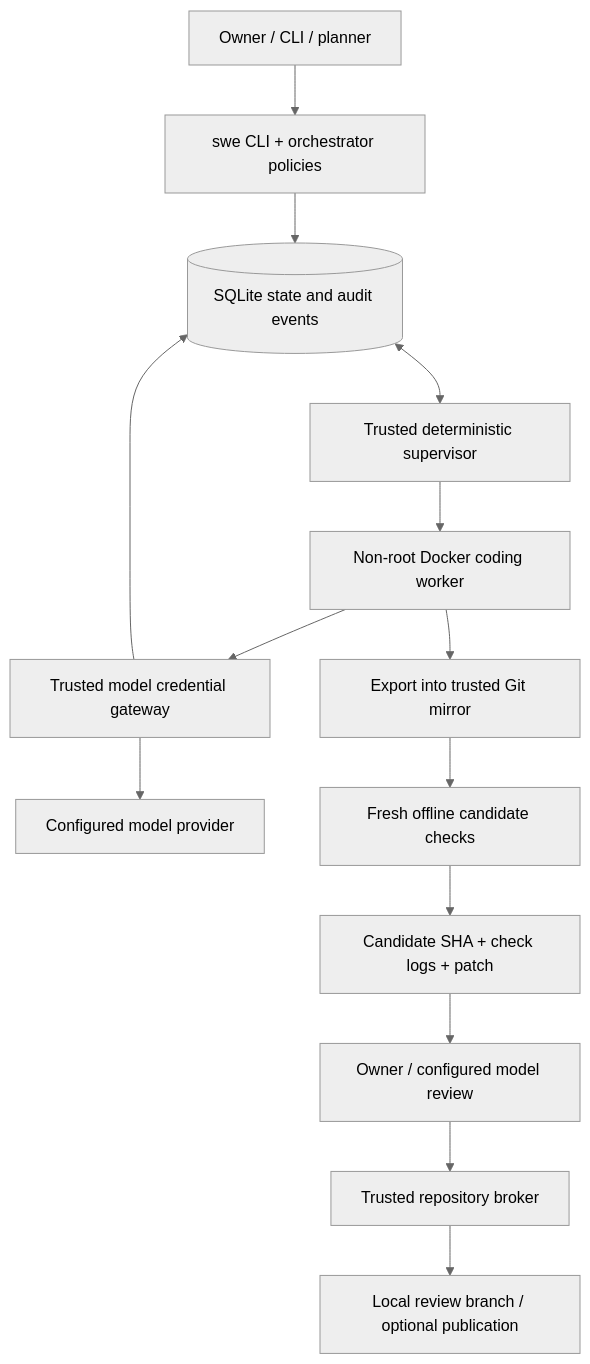
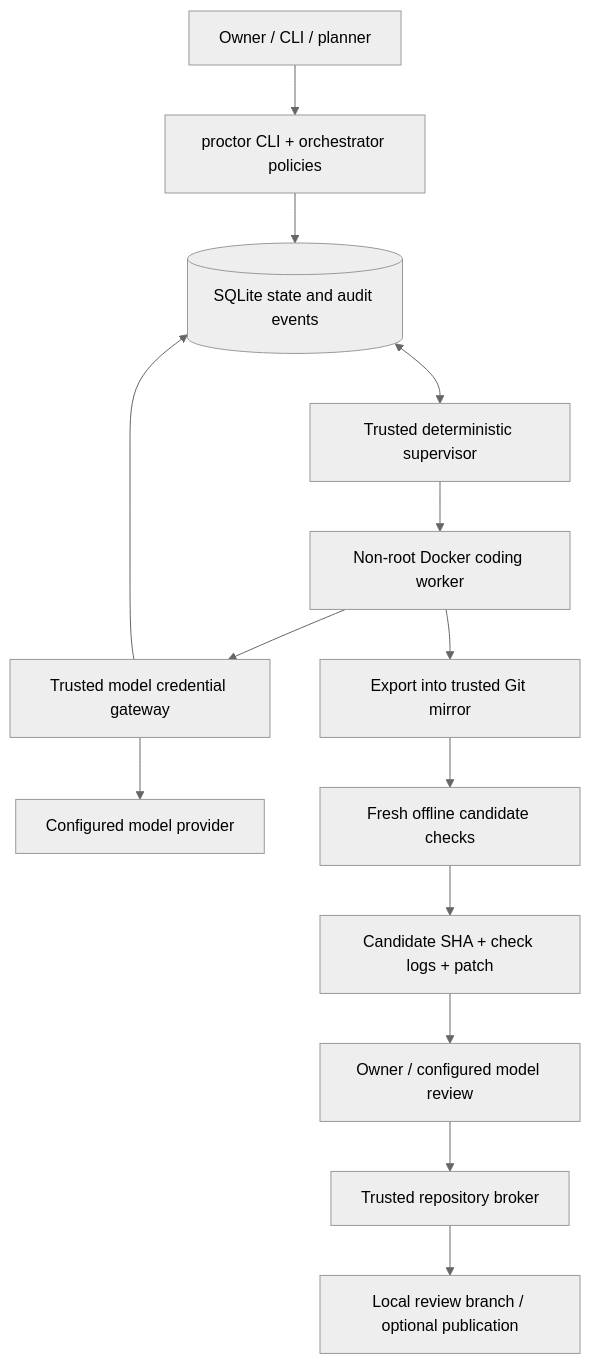
Before and after one commit to Blabbleu/Proctor: the diagram in README.md, drawn with Mermaid (neutral theme). The commit also changed other lines of this file and 30 other files, not shown here.

````diff
--- a/README.md
+++ b/README.md
@@ -38,16 +38,16 @@
 ```mermaid
 flowchart TD
-    Owner[Owner / CLI / planner] --> CLI[swe CLI + orchestrator policies]
+    Owner[Owner / CLI / planner] --> CLI[proctor CLI + orchestrator policies]
     CLI --> DB[(SQLite state and audit events)]
     DB <--> Supervisor[Trusted deterministic supervisor]
     Supervisor --> Worker[Non-root Docker coding worker]
     Worker --> Gateway[Trusted model credential gateway]
     Gateway --> Provider[Configured model provider]
     Gateway --> DB
     Worker --> Export[Export into trusted Git mirror]
     Export --> Check[Fresh offline candidate checks]
     Check --> Evidence[Candidate SHA + check logs + patch]
     Evidence --> Review[Owner / configured model review]
     Review --> Broker[Trusted repository broker]
     Broker --> Branch[Local review branch / optional publication]
 ```
````
